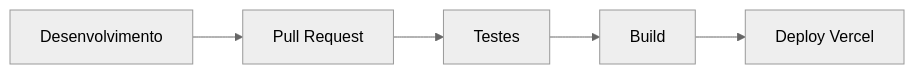
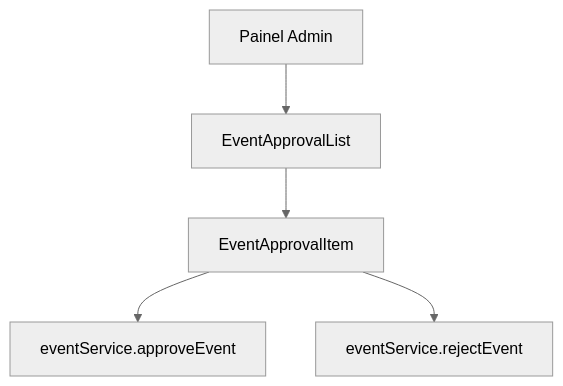
Before and after one commit to diegoizac/christianitatis: the sixth of 7 diagrams in ARCHITECTURE.md, drawn with Mermaid (neutral theme). The commit also changed other lines of this file and 6 other files, not shown here.

````diff
--- a/ARCHITECTURE.md
+++ b/ARCHITECTURE.md
@@ -234,7 +191,7 @@
 ```mermaid
-graph LR
-    A[Desenvolvimento] --> B[Pull Request]
-    B --> C[Testes]
-    C --> D[Build]
-    D --> E[Deploy Vercel]
+flowchart TD
+    A[Painel Admin] --> B[EventApprovalList]
+    B --> C[EventApprovalItem]
+    C --> D[eventService.approveEvent]
+    C --> E[eventService.rejectEvent]
 ```
````
